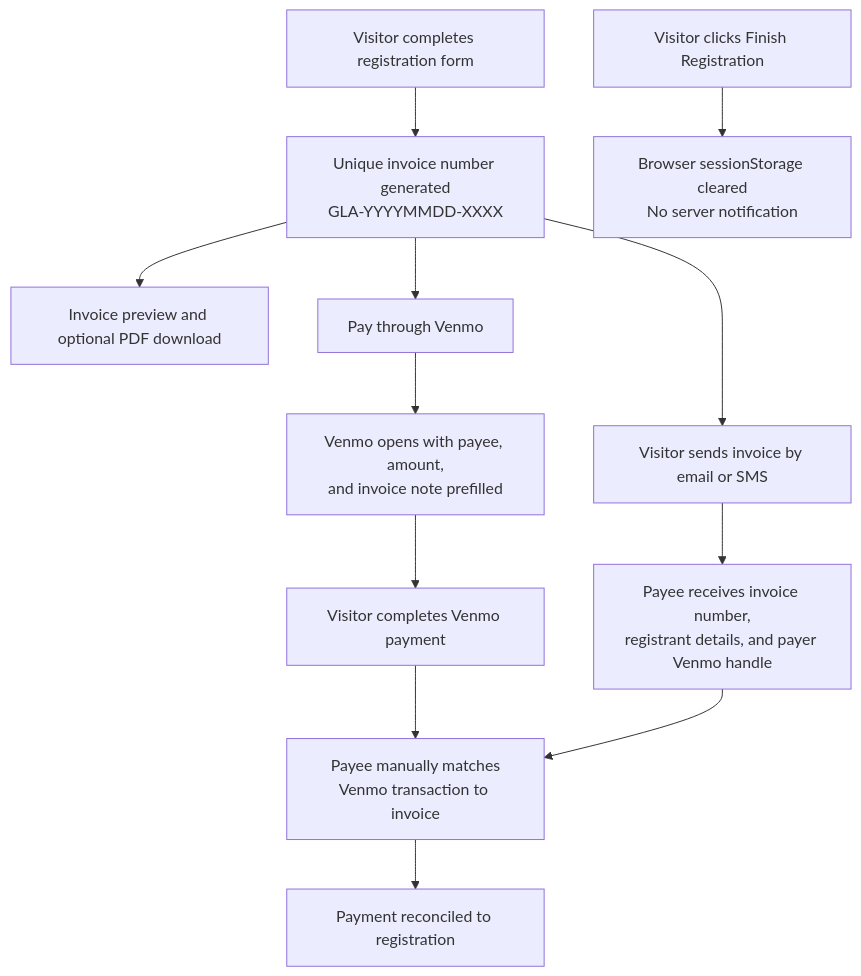
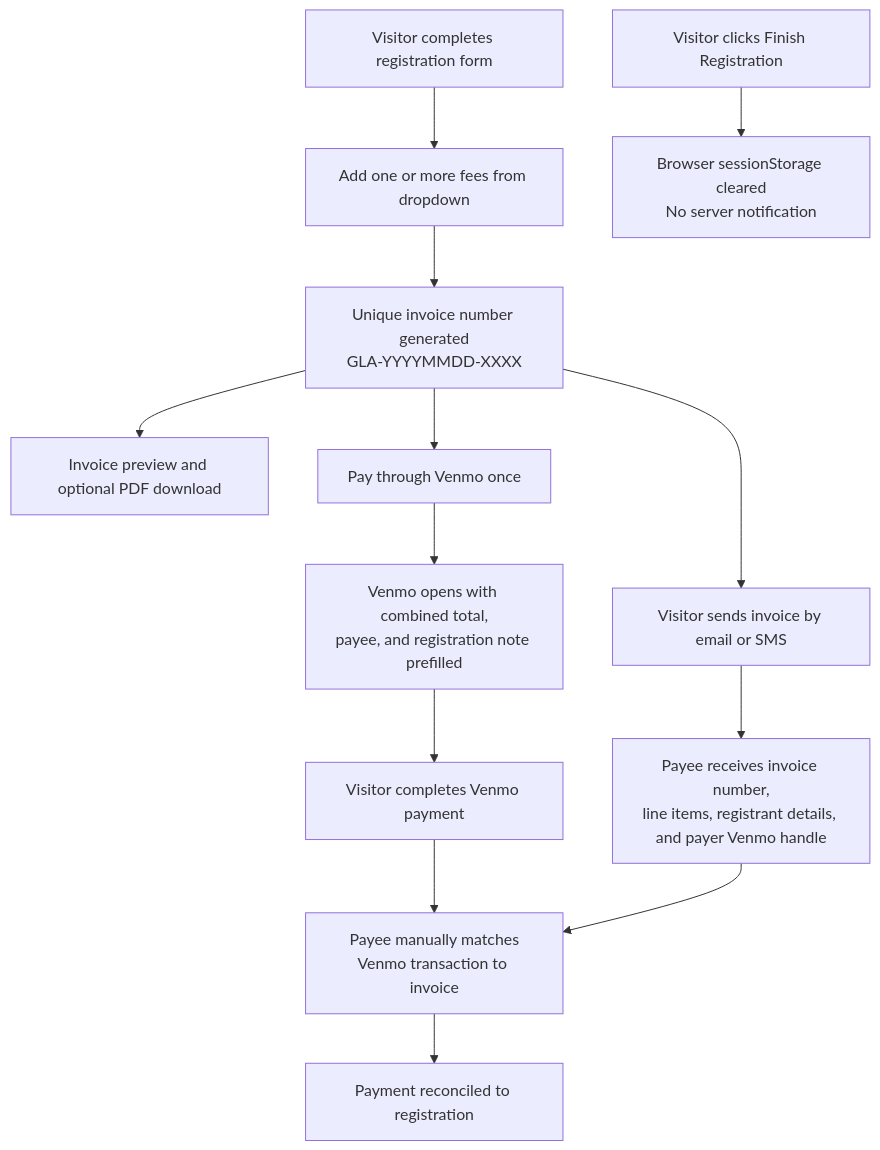
The diagram in README.md (KitBaroness/GreatLakesAmateur), drawn with Mermaid before and after one commit. The commit also changed other lines of this file and 10 other files, not shown here.

````diff
--- a/README.md
+++ b/README.md
@@ -248,14 +251,15 @@
 ```mermaid
 flowchart TD
-    A[Visitor completes registration form] --> B[Unique invoice number generated<br/>GLA-YYYYMMDD-XXXX]
-    B --> C[Invoice preview and optional PDF download]
-    B --> D[Pay through Venmo]
-    D --> E[Venmo opens with payee, amount,<br/>and invoice note prefilled]
-    E --> F[Visitor completes Venmo payment]
-    B --> G[Visitor sends invoice by email or SMS]
-    G --> H[Payee receives invoice number,<br/>registrant details, and payer Venmo handle]
-    F --> I[Payee manually matches<br/>Venmo transaction to invoice]
-    H --> I
-    I --> J[Payment reconciled to registration]
-    K[Visitor clicks Finish Registration] --> L[Browser sessionStorage cleared<br/>No server notification]
+    A[Visitor completes registration form] --> B[Add one or more fees from dropdown]
+    B --> C[Unique invoice number generated<br/>GLA-YYYYMMDD-XXXX]
+    C --> D[Invoice preview and optional PDF download]
+    C --> E[Pay through Venmo once]
+    E --> F[Venmo opens with combined total,<br/>payee, and registration note prefilled]
+    F --> G[Visitor completes Venmo payment]
+    C --> H[Visitor sends invoice by email or SMS]
+    H --> I[Payee receives invoice number,<br/>line items, registrant details, and payer Venmo handle]
+    G --> J[Payee manually matches<br/>Venmo transaction to invoice]
+    I --> J
+    J --> K[Payment reconciled to registration]
+    L[Visitor clicks Finish Registration] --> M[Browser sessionStorage cleared<br/>No server notification]
 ```
````
